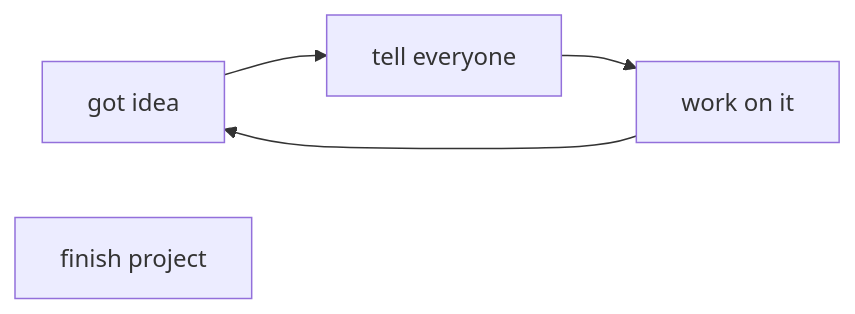
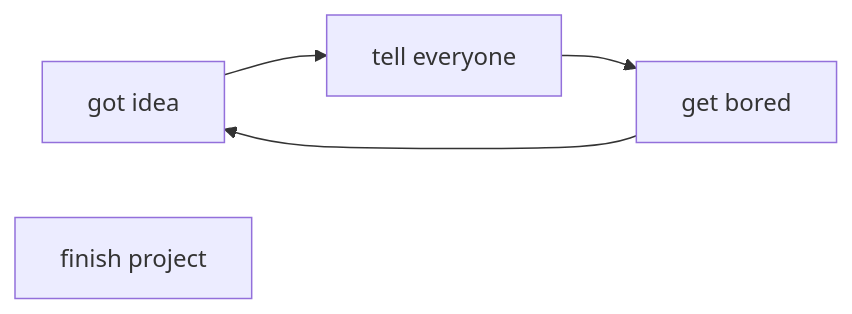
Before and after one commit to SK-Fast/SK-Fast: the diagram in README.md, drawn with Mermaid.

````diff
--- a/README.md
+++ b/README.md
@@ -6,10 +6,10 @@
 ```mermaid
 graph LR
 A-->B
 B-->C
 C-->A
 A[got idea]
 B[tell everyone]
-C[work on it]
+C[get bored]
 D[finish project]
 ```
````
